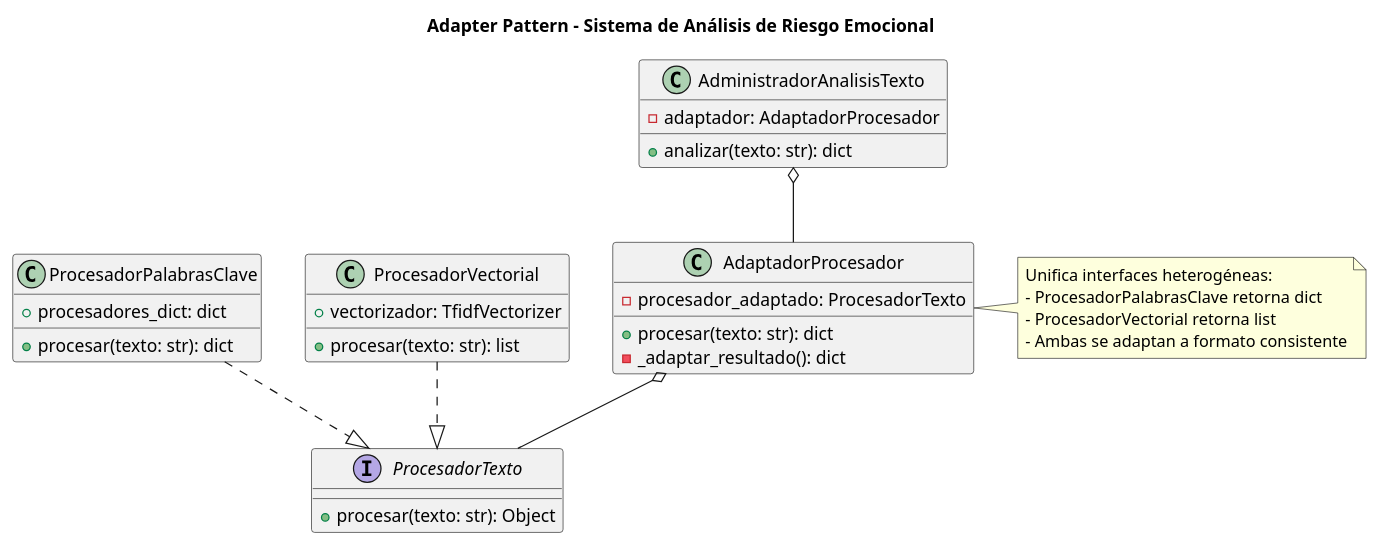
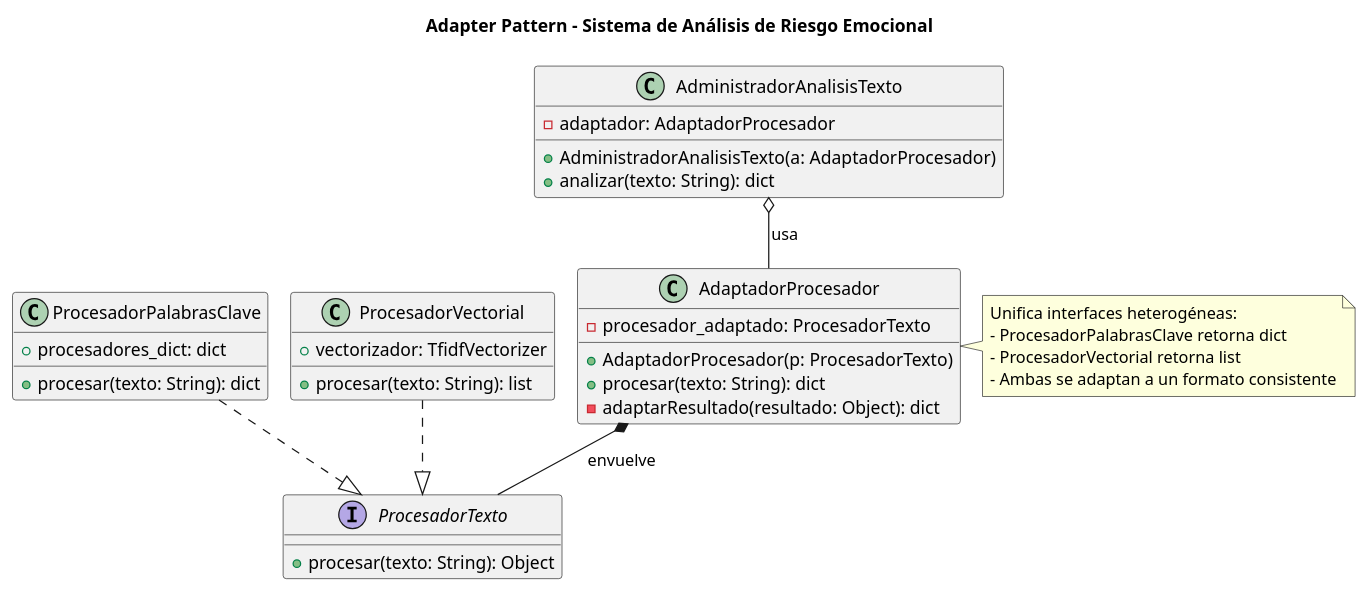
The diagram in Diagramas UML/Adapter/Adapter.puml (AlejandroToscan0/SadApp), drawn with PlantUML before and after one commit. The commit also changed 9 other files, not shown here.

```diff
--- a/Diagramas UML/Adapter/Adapter.puml
+++ b/Diagramas UML/Adapter/Adapter.puml
@@ -1,41 +1,47 @@
 @startuml Adapter_Pattern
 title Adapter Pattern - Sistema de Análisis de Riesgo Emocional
 
+' Fuerza motor interno (sin Graphviz/dot)
+!pragma layout smetana
+
 interface ProcesadorTexto {
-    +procesar(texto: str): Object
+  +procesar(texto: String): Object
 }
 
 class ProcesadorPalabrasClave {
-    +procesadores_dict: dict
-    +procesar(texto: str): dict
+  +procesadores_dict: dict
+  +procesar(texto: String): dict
 }
 
 class ProcesadorVectorial {
-    +vectorizador: TfidfVectorizer
-    +procesar(texto: str): list
+  +vectorizador: TfidfVectorizer
+  +procesar(texto: String): list
 }
 
 class AdaptadorProcesador {
-    -procesador_adaptado: ProcesadorTexto
-    +procesar(texto: str): dict
-    -_adaptar_resultado(): dict
+  -procesador_adaptado: ProcesadorTexto
+  +AdaptadorProcesador(p: ProcesadorTexto)
+  +procesar(texto: String): dict
+  -adaptarResultado(resultado: Object): dict
 }
 
 class AdministradorAnalisisTexto {
-    -adaptador: AdaptadorProcesador
-    +analizar(texto: str): dict
+  -adaptador: AdaptadorProcesador
+  +AdministradorAnalisisTexto(a: AdaptadorProcesador)
+  +analizar(texto: String): dict
 }
 
 ProcesadorPalabrasClave ..|> ProcesadorTexto
 ProcesadorVectorial ..|> ProcesadorTexto
-AdaptadorProcesador o-- ProcesadorTexto
-AdministradorAnalisisTexto o-- AdaptadorProcesador
+
+AdaptadorProcesador *-- ProcesadorTexto : envuelve
+AdministradorAnalisisTexto o-- AdaptadorProcesador : usa
 
 note right of AdaptadorProcesador
-    Unifica interfaces heterogéneas:
-    - ProcesadorPalabrasClave retorna dict
-    - ProcesadorVectorial retorna list
-    - Ambas se adaptan a formato consistente
+Unifica interfaces heterogéneas:
+- ProcesadorPalabrasClave retorna dict
+- ProcesadorVectorial retorna list
+- Ambas se adaptan a un formato consistente
 end note
 
 @enduml
```
